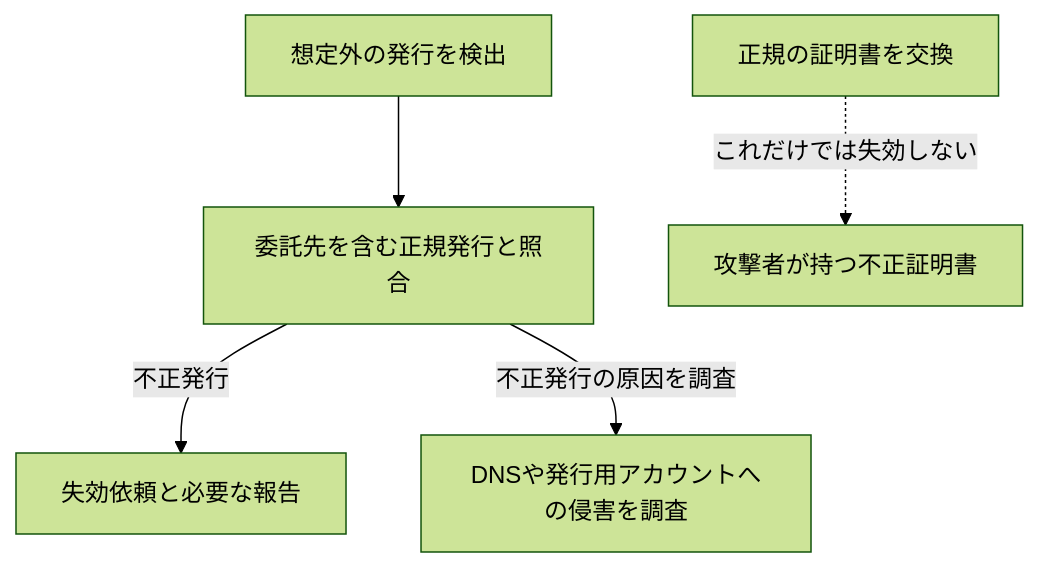
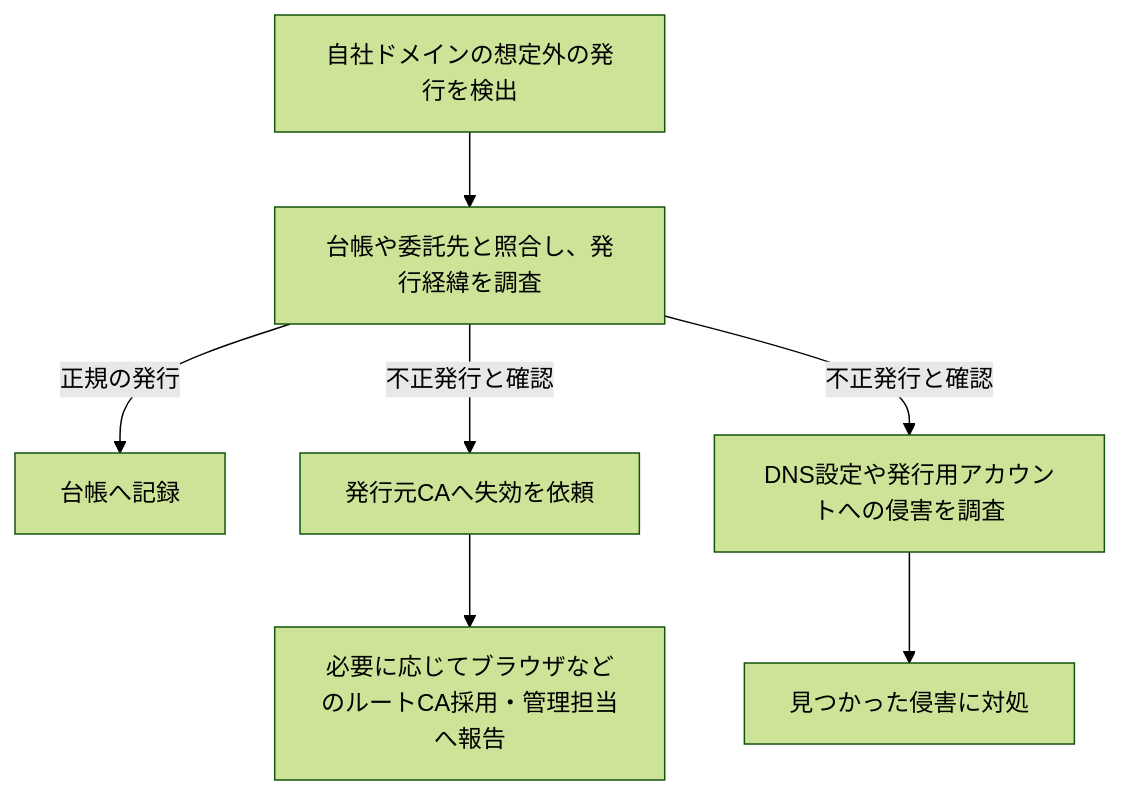
Before and after one commit to aurora1530/learning-materials: the ninth of 10 diagrams in docs/security/20261113-tls-pki-emudhra.md, drawn with Mermaid (forest theme). The commit also changed other lines of this file, not shown here.

````diff
--- a/docs/security/20261113-tls-pki-emudhra.md
+++ b/docs/security/20261113-tls-pki-emudhra.md
@@ -290,7 +329,9 @@
 ```mermaid
 flowchart TD
-    A["想定外の発行を検出"] --> B["委託先を含む正規発行と照合"]
-    B -->|不正発行| C["失効依頼と必要な報告"]
-    B -->|不正発行の原因を調査| D["DNSや発行用アカウントへの侵害を調査"]
-    E["正規の証明書を交換"] -. "これだけでは失効しない" .-> F["攻撃者が持つ不正証明書"]
+    A["自社ドメインの想定外の発行を検出"] --> B["台帳や委託先と照合し、発行経緯を調査"]
+    B -->|正規の発行| C["台帳へ記録"]
+    B -->|不正発行と確認| D["発行元CAへ失効を依頼"]
+    B -->|不正発行と確認| E["DNS設定や発行用アカウントへの侵害を調査"]
+    D --> F["必要に応じてブラウザなどのルートCA採用・管理担当へ報告"]
+    E --> G["見つかった侵害に対処"]
 ```
````
